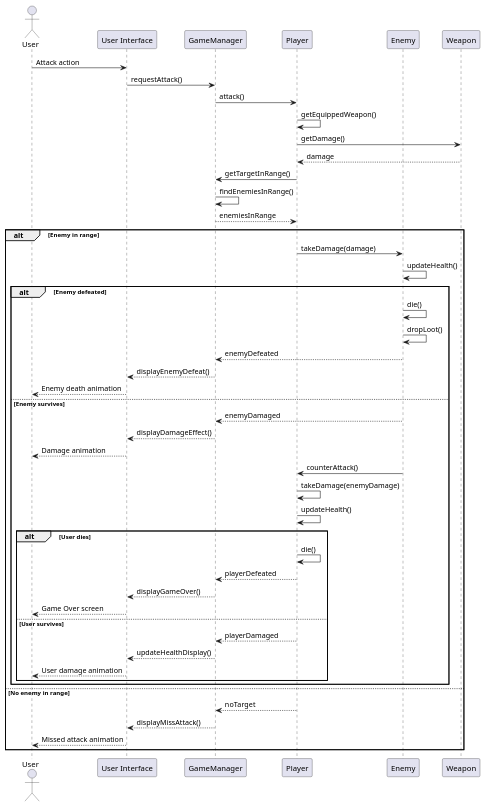
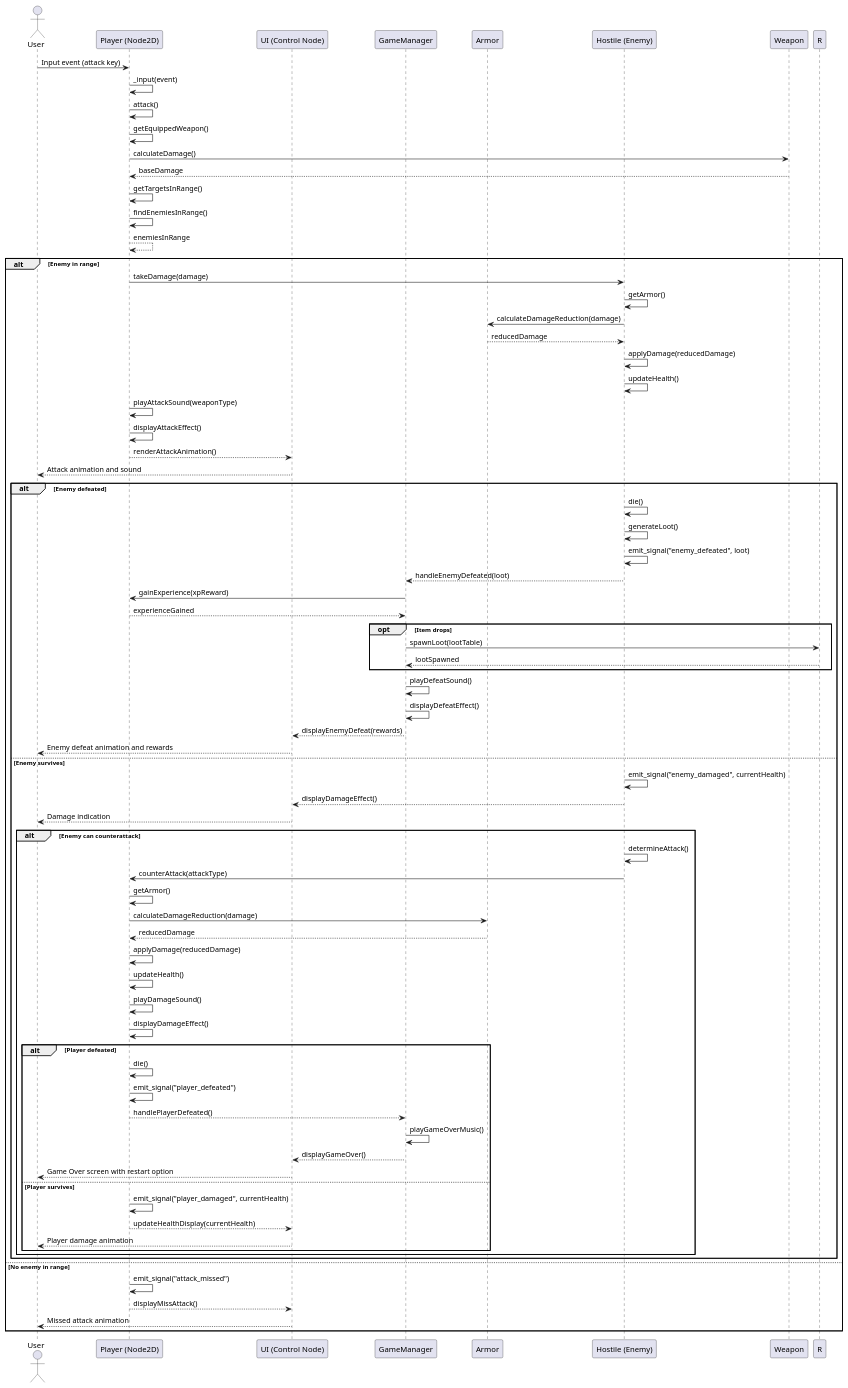
Before and after one commit to imagarchive/4MMACOL: the diagram in docs/uml/sequence.d/combat_sequence.puml, drawn with PlantUML. The commit also changed other lines of this file and 2 other files, not shown here.

Commit message:
feat: changes to sequence diagrams

```diff
--- a/docs/uml/sequence.d/combat_sequence.puml
+++ b/docs/uml/sequence.d/combat_sequence.puml
@@ -1,56 +1,93 @@
 @startuml
 actor User
-participant "User Interface" as UI
+participant "Player (Node2D)" as P
+participant "UI (Control Node)" as UI
 participant GameManager as GM
-participant Player as P
-participant Enemy as E
+participant Armor as AR
+participant "Hostile (Enemy)" as E
 participant Weapon as W
 
-User -> UI: Attack action
-UI -> GM: requestAttack()
-GM -> P: attack()
+User -> P: Input event (attack key)
+P -> P: _input(event)
+P -> P: attack()
 
 P -> P: getEquippedWeapon()
-P -> W: getDamage()
-W --> P: damage
+P -> W: calculateDamage()
+W --> P: baseDamage
 
-P -> GM: getTargetInRange()
-GM -> GM: findEnemiesInRange()
-GM --> P: enemiesInRange
+P -> P: getTargetsInRange()
+P -> P: findEnemiesInRange()
+P --> P: enemiesInRange
 
 alt Enemy in range
     P -> E: takeDamage(damage)
+    
+    E -> E: getArmor()
+    E -> AR: calculateDamageReduction(damage)
+    AR --> E: reducedDamage
+    E -> E: applyDamage(reducedDamage)
+    
     E -> E: updateHealth()
+    
+    P -> P: playAttackSound(weaponType)
+    P -> P: displayAttackEffect()
+    P --> UI: renderAttackAnimation()
+    UI --> User: Attack animation and sound
     
     alt Enemy defeated
         E -> E: die()
-        E -> E: dropLoot()
-        E --> GM: enemyDefeated
-        GM --> UI: displayEnemyDefeat()
-        UI --> User: Enemy death animation
+        E -> E: generateLoot()
+        E -> E: emit_signal("enemy_defeated", loot)
+        E --> GM: handleEnemyDefeated(loot)
+        
+        GM -> P: gainExperience(xpReward)
+        P --> GM: experienceGained
+        
+        opt Item drops
+            GM -> R: spawnLoot(lootTable)
+            R --> GM: lootSpawned
+        end
+        
+        GM -> GM: playDefeatSound()
+        GM -> GM: displayDefeatEffect()
+        GM --> UI: displayEnemyDefeat(rewards)
+        UI --> User: Enemy defeat animation and rewards
     else Enemy survives
-        E --> GM: enemyDamaged
-        GM --> UI: displayDamageEffect()
-        UI --> User: Damage animation
+        E -> E: emit_signal("enemy_damaged", currentHealth)
+        E --> UI: displayDamageEffect()
+        UI --> User: Damage indication
         
-        E -> P: counterAttack()
-        P -> P: takeDamage(enemyDamage)
-        P -> P: updateHealth()
-        
-        alt User dies
-            P -> P: die()
-            P --> GM: playerDefeated
-            GM --> UI: displayGameOver()
-            UI --> User: Game Over screen
-        else User survives
-            P --> GM: playerDamaged
-            GM --> UI: updateHealthDisplay()
-            UI --> User: User damage animation
+        alt Enemy can counterattack
+            E -> E: determineAttack()
+            E -> P: counterAttack(attackType)
+            
+            P -> P: getArmor()
+            P -> AR: calculateDamageReduction(damage)
+            AR --> P: reducedDamage
+            P -> P: applyDamage(reducedDamage)
+            
+            P -> P: updateHealth()
+            
+            P -> P: playDamageSound()
+            P -> P: displayDamageEffect()
+            
+            alt Player defeated
+                P -> P: die()
+                P -> P: emit_signal("player_defeated")
+                P --> GM: handlePlayerDefeated()
+                GM -> GM: playGameOverMusic()
+                GM --> UI: displayGameOver()
+                UI --> User: Game Over screen with restart option
+            else Player survives
+                P -> P: emit_signal("player_damaged", currentHealth)
+                P --> UI: updateHealthDisplay(currentHealth)
+                UI --> User: Player damage animation
+            end
         end
     end
 else No enemy in range
-    P --> GM: noTarget
-    GM --> UI: displayMissAttack()
+    P -> P: emit_signal("attack_missed")
+    P --> UI: displayMissAttack()
     UI --> User: Missed attack animation
 end
 @enduml
```
